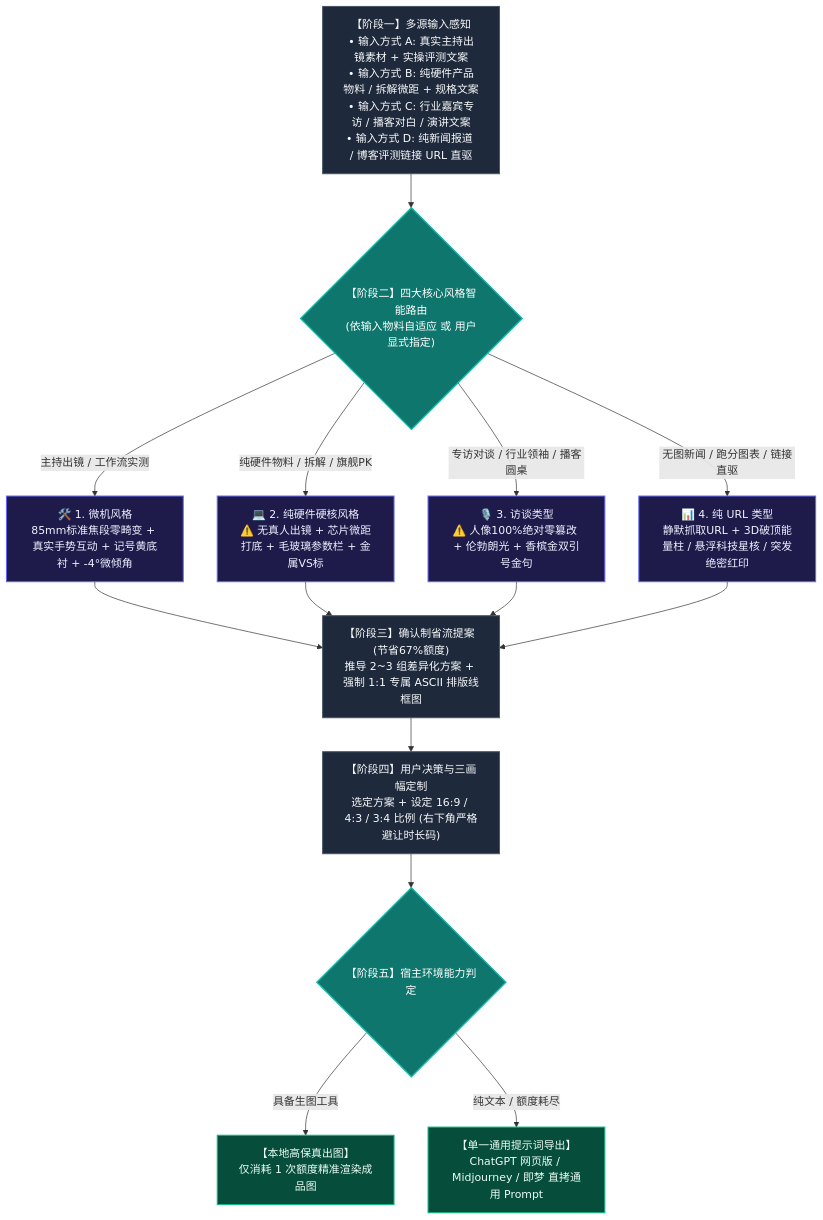
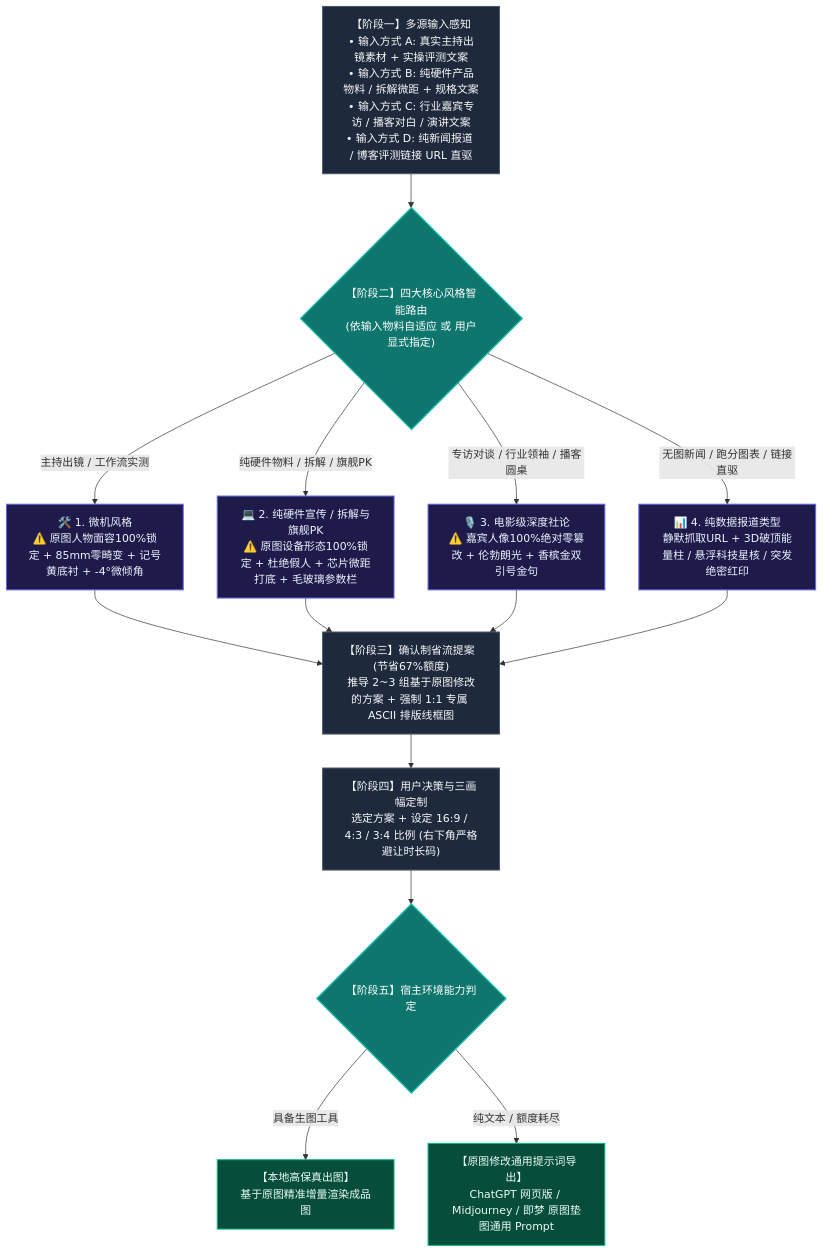
One commit to XuBeiYou408/video-cover-designer changed the diagram in SKILL.md. Above: the diagram before and after it, drawn with Mermaid. The commit also changed other lines of this file and 1 other file, not shown here.

Commit message:
feat(prompt): enforce strict original-image grounding and delta-modification protocol

````diff
--- a/SKILL.md
+++ b/SKILL.md
@@ -19,31 +38,31 @@
 ```mermaid
 flowchart TD
     A["【阶段一】多源输入感知<br>• 输入方式 A: 真实主持出镜素材 + 实操评测文案<br>• 输入方式 B: 纯硬件产品物料 / 拆解微距 + 规格文案<br>• 输入方式 C: 行业嘉宾专访 / 播客对白 / 演讲文案<br>• 输入方式 D: 纯新闻报道 / 博客评测链接 URL 直驱"]
     --> B{"【阶段二】四大核心风格智能路由<br>(依输入物料自适应 或 用户显式指定)"}
 
-    B -->|主持出镜 / 工作流实测| C1["🛠️ 1. 微机风格<br>85mm标准焦段零畸变 + 真实手势互动 + 记号黄底衬 + -4°微倾角"]
-    B -->|纯硬件物料 / 拆解 / 旗舰PK| C2["💻 2. 纯硬件硬核风格<br>⚠️ 无真人出镜 + 芯片微距打底 + 毛玻璃参数栏 + 金属VS标"]
-    B -->|专访对谈 / 行业领袖 / 播客圆桌| C3["🎙️ 3. 访谈类型<br>⚠️ 人像100%绝对零篡改 + 伦勃朗光 + 香槟金双引号金句"]
-    B -->|无图新闻 / 跑分图表 / 链接直驱| C4["📊 4. 纯 URL 类型<br>静默抓取URL + 3D破顶能量柱 / 悬浮科技星核 / 突发绝密红印"]
+    B -->|主持出镜 / 工作流实测| C1["🛠️ 1. 微机风格<br>⚠️ 原图人物面容100%锁定 + 85mm零畸变 + 记号黄底衬 + -4°微倾角"]
+    B -->|纯硬件物料 / 拆解 / 旗舰PK| C2["💻 2. 纯硬件宣传 / 拆解与旗舰PK<br>⚠️ 原图设备形态100%锁定 + 杜绝假人 + 芯片微距打底 + 毛玻璃参数栏"]
+    B -->|专访对谈 / 行业领袖 / 播客圆桌| C3["🎙️ 3. 电影级深度社论<br>⚠️ 嘉宾人像100%绝对零篡改 + 伦勃朗光 + 香槟金双引号金句"]
+    B -->|无图新闻 / 跑分图表 / 链接直驱| C4["📊 4. 纯数据报道类型<br>静默抓取URL + 3D破顶能量柱 / 悬浮科技星核 / 突发绝密红印"]
 
-    C1 --> D["【阶段三】确认制省流提案 (节省67%额度)<br>推导 2~3 组差异化方案 + 强制 1:1 专属 ASCII 排版线框图"]
+    C1 --> D["【阶段三】确认制省流提案 (节省67%额度)<br>推导 2~3 组基于原图修改的方案 + 强制 1:1 专属 ASCII 排版线框图"]
     C2 --> D
     C3 --> D
     C4 --> D
 
     D --> E["【阶段四】用户决策与三画幅定制<br>选定方案 + 设定 16:9 / 4:3 / 3:4 比例 (右下角严格避让时长码)"]
 
     E --> F{"【阶段五】宿主环境能力判定"}
-    F -->|具备生图工具| G["【本地高保真出图】<br>仅消耗 1 次额度精准渲染成品图"]
-    F -->|纯文本 / 额度耗尽| H["【单一通用提示词导出】<br>ChatGPT 网页版 / Midjourney / 即梦 直拷通用 Prompt"]
+    F -->|具备生图工具| G["【本地高保真出图】<br>基于原图精准增量渲染成品图"]
+    F -->|纯文本 / 额度耗尽| H["【原图修改通用提示词导出】<br>ChatGPT 网页版 / Midjourney / 即梦 原图垫图通用 Prompt"]
 
     classDef stage fill:#1E293B,stroke:#475569,color:#F8FAFC,stroke-width:1.5px;
     classDef decision fill:#0F766E,stroke:#14B8A6,color:#FFFFFF,stroke-width:2px;
     classDef engine fill:#1E1B4B,stroke:#6366F1,color:#EEF2FF,stroke-width:1.5px;
     classDef output fill:#064E3B,stroke:#10B981,color:#ECFDF5,stroke-width:1.5px;
 
     class A,D,E stage;
     class B,F decision;
     class C1,C2,C3,C4 engine;
     class G,H output;
 ```
````
